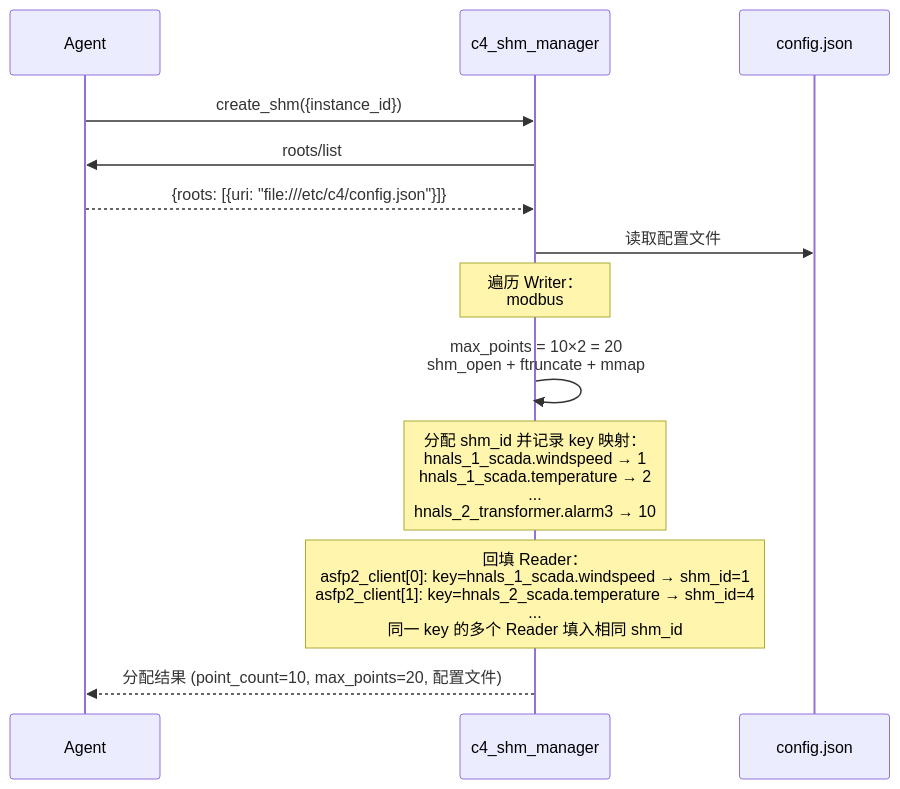
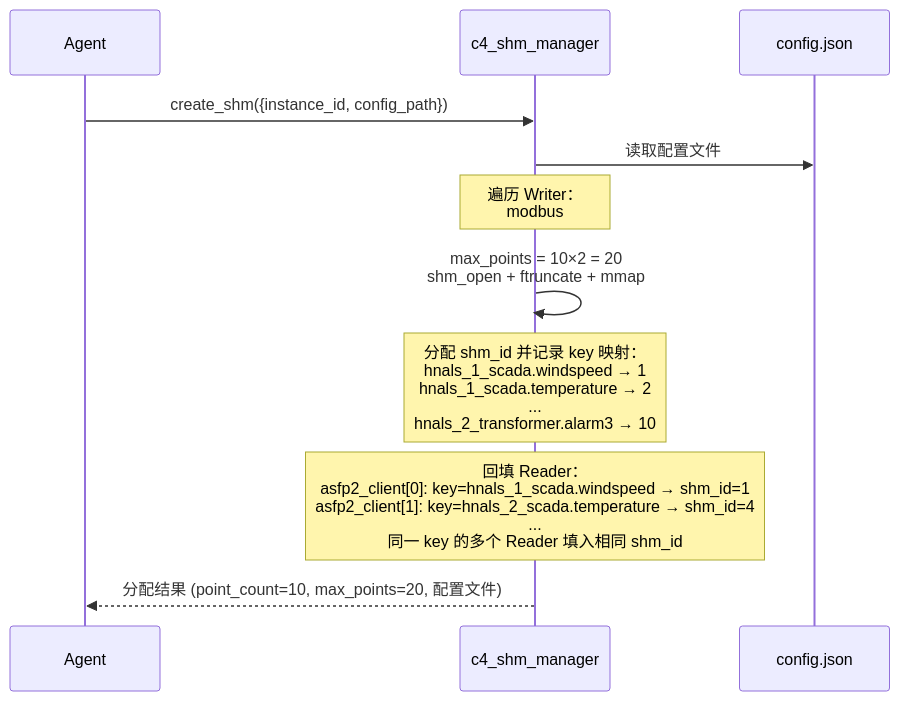
Before and after one commit to activesys/c4: the fourth of 9 diagrams in docs/design/c4_shm_manager.md, drawn with Mermaid. The commit also changed other lines of this file and 14 other files, not shown here.

````diff
--- a/docs/design/c4_shm_manager.md
+++ b/docs/design/c4_shm_manager.md
@@ -547,20 +543,18 @@
 ```mermaid
 sequenceDiagram
     participant A as Agent
     participant S as c4_shm_manager
     participant CFG as config.json
 
-    A->>S: create_shm({instance_id})
-    S->>A: roots/list
-    A-->>S: {roots: [{uri: "file:///etc/c4/config.json"}]}
+    A->>S: create_shm({instance_id, config_path})
 
     S->>CFG: 读取配置文件
     Note over S: 遍历 Writer：<br/>modbus#1: [{id:windspeed},{id:temperature}]<br/>modbus#2: [{id:windspeed},{id:temperature}]<br/>iec104#1: [{id:uab},{id:ubc},{id:uac}]<br/>iec104#2: [{id:alarm1},{id:alarm2},{id:alarm3}]<br/>writer_points=10
 
     S->>S: max_points = 10×2 = 20<br/>shm_open + ftruncate + mmap
     Note over S: 分配 shm_id 并记录 key 映射：<br/>hnals_1_scada.windspeed → 1<br/>hnals_1_scada.temperature → 2<br/>...<br/>hnals_2_transformer.alarm3 → 10
 
     Note over S: 回填 Reader：<br/>asfp2_client[0]: key=hnals_1_scada.windspeed → shm_id=1<br/>asfp2_client[1]: key=hnals_2_scada.temperature → shm_id=4<br/>...<br/>同一 key 的多个 Reader 填入相同 shm_id
 
     S-->>A: 分配结果 (point_count=10, max_points=20, 配置文件)
 ```
````
